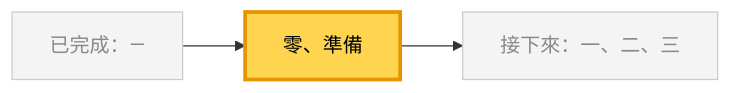
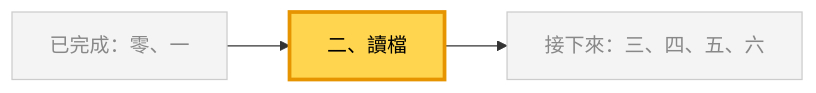
Before and after one commit to 4-learn/data-analysis-and-process-demo: the sixth of 15 diagrams in docs/2.md, drawn with Mermaid. The commit also changed other lines of this file and 189 other files, not shown here.

````diff
--- a/docs/2.md
+++ b/docs/2.md
@@ -45,7 +172,7 @@
 ```mermaid
 flowchart LR
-    P["已完成：—"] --> C["零、準備"] --> N["接下來：一、二、三"]
+    P["已完成：零、一"] --> C["二、讀檔"] --> N["接下來：三、四、五、六"]
     classDef other fill:#f4f4f4,stroke:#cccccc,color:#888888
     class P,N other
     style C fill:#ffd54f,stroke:#e69500,stroke-width:3px,color:#000
 ```
````
